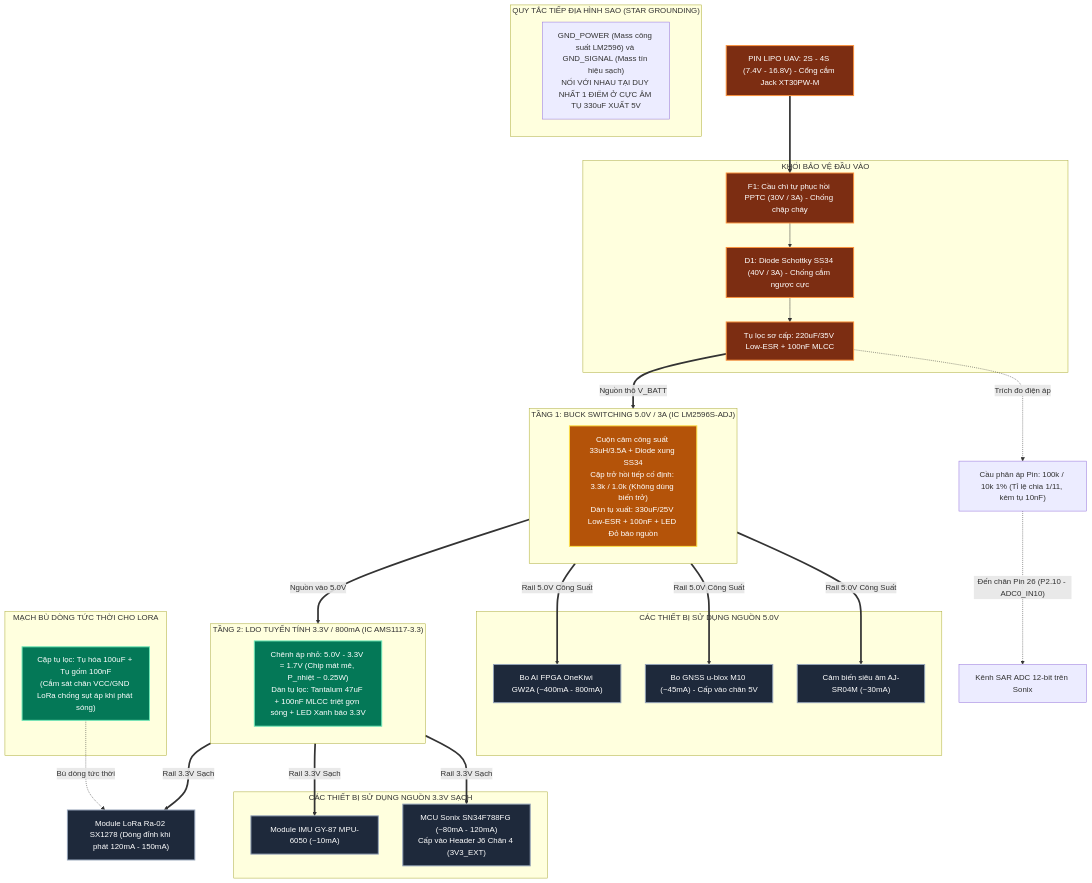
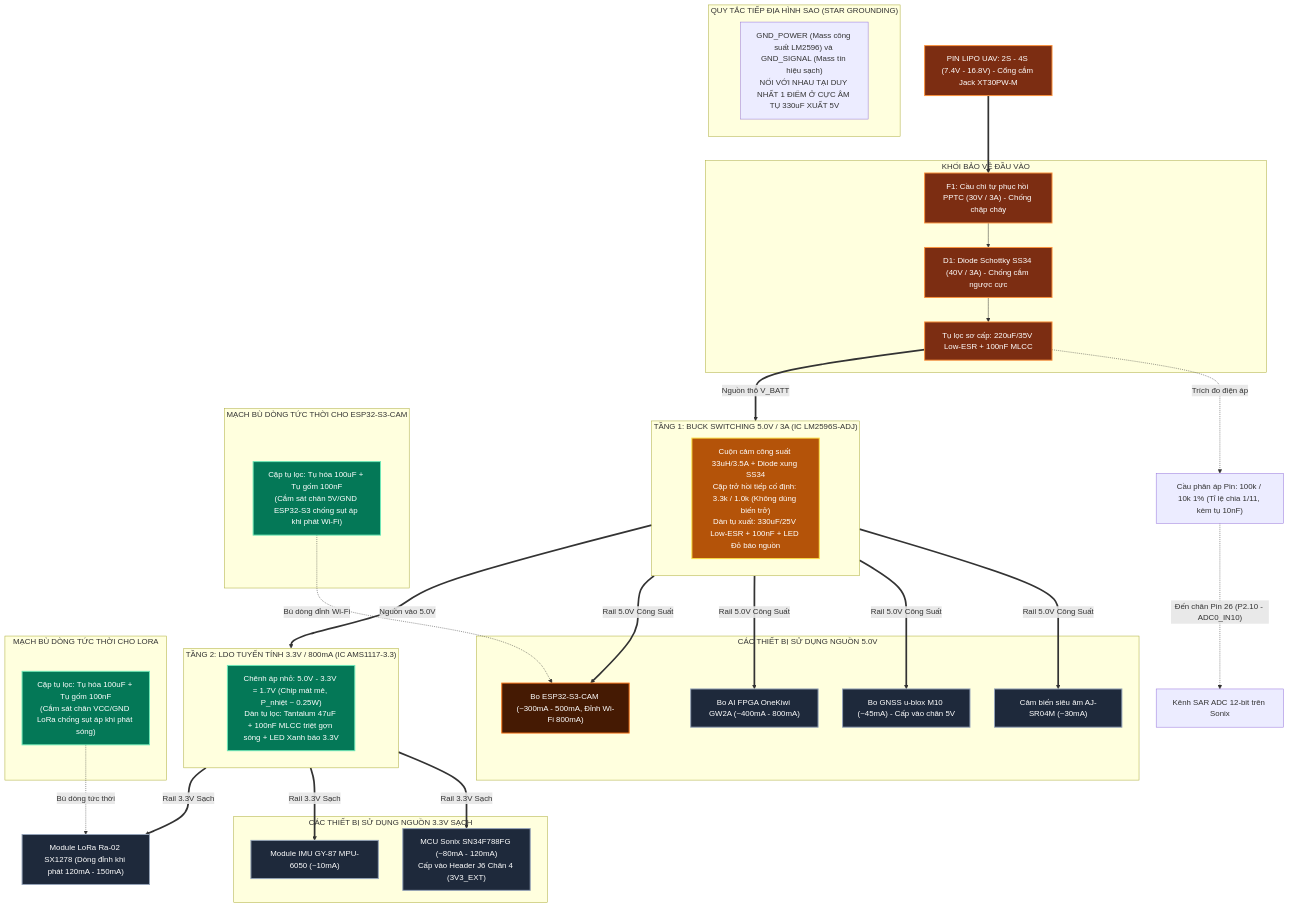
One commit to duyphong375/uav_payload changed the second of 10 diagrams in docs/hardware/wiring/KVC_CIRCUIT_SCHEMATIC_GUIDE.md. Above: the diagram before and after it, drawn with Mermaid. The commit also changed other lines of this file and 50 other files, not shown here.

Commit message:
docs: bo Replay khoi UI, bo sung IF-05 ESP32-S3-CAM, dong bo trang thai ky thuat

````diff
--- a/docs/hardware/wiring/KVC_CIRCUIT_SCHEMATIC_GUIDE.md
+++ b/docs/hardware/wiring/KVC_CIRCUIT_SCHEMATIC_GUIDE.md
@@ -129,11 +139,19 @@
         US_DEV["Cảm biến siêu âm AJ-SR04M (~30mA)"]
         GPS_DEV["Bo GNSS u-blox M10 (~45mA) - Cấp vào chân 5V"]
         FPGA_DEV["Bo AI FPGA OneKiwi GW2A (~400mA - 800mA)"]
+        S3_DEV["Bo ESP32-S3-CAM (~300mA - 500mA, Đỉnh Wi-Fi 800mA)"]
     end
 
     BUCK_STAGE ==>|"Rail 5.0V Công Suất"| US_DEV
     BUCK_STAGE ==>|"Rail 5.0V Công Suất"| GPS_DEV
     BUCK_STAGE ==>|"Rail 5.0V Công Suất"| FPGA_DEV
+    BUCK_STAGE ==>|"Rail 5.0V Công Suất"| S3_DEV
+
+    %% BÙ DÒNG CHO ESP32-S3-CAM
+    subgraph S3_FILTER_STAGE ["MẠCH BÙ DÒNG TỨC THỜI CHO ESP32-S3-CAM"]
+        CAP_S3_TANK["Cặp tụ lọc: Tụ hóa 100uF + Tụ gốm 100nF<br/>(Cắm sát chân 5V/GND ESP32-S3 chống sụt áp khi phát Wi-Fi)"]
+    end
+    CAP_S3_TANK -.->|"Bù dòng đỉnh Wi-Fi"| S3_DEV
 
     %% TẦNG LDO 3.3V
     subgraph LDO_STAGE ["TẦNG 2: LDO TUYẾN TÍNH 3.3V / 800mA (IC AMS1117-3.3)"]
@@ -169,9 +187,11 @@
     classDef buckNode fill:#b45309,stroke:#fde047,stroke-width:2px,color:#ffffff;
     classDef ldoNode fill:#047857,stroke:#6ee7b7,stroke-width:2px,color:#ffffff;
     classDef devNode fill:#1e293b,stroke:#94a3b8,stroke-width:2px,color:#ffffff;
+    classDef s3Node fill:#451a03,stroke:#f97316,stroke-width:2px,color:#ffffff;
 
     class PIN,FUSE,DIODE,CAP_IN pwrNode;
     class LM buckNode;
-    class LDO,CAP_TANK ldoNode;
+    class LDO,CAP_TANK,CAP_S3_TANK ldoNode;
     class US_DEV,GPS_DEV,FPGA_DEV,MCU_DEV,IMU_DEV,LORA_DEV devNode;
+    class S3_DEV s3Node;
 ```
````
